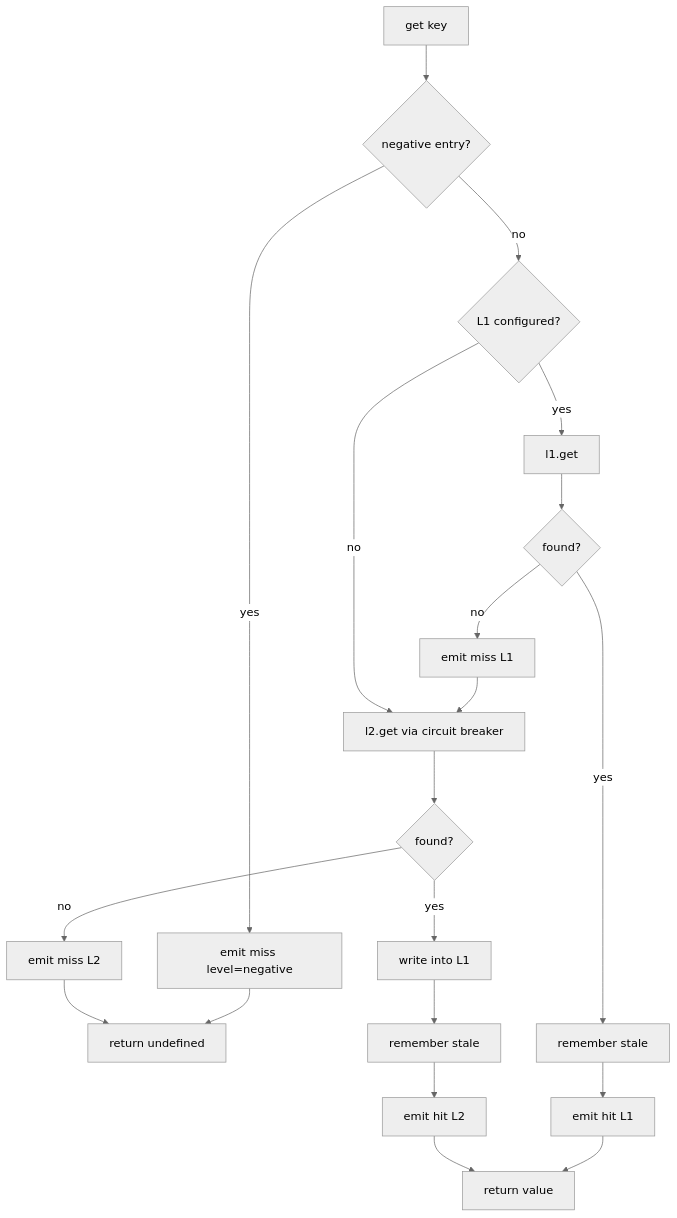
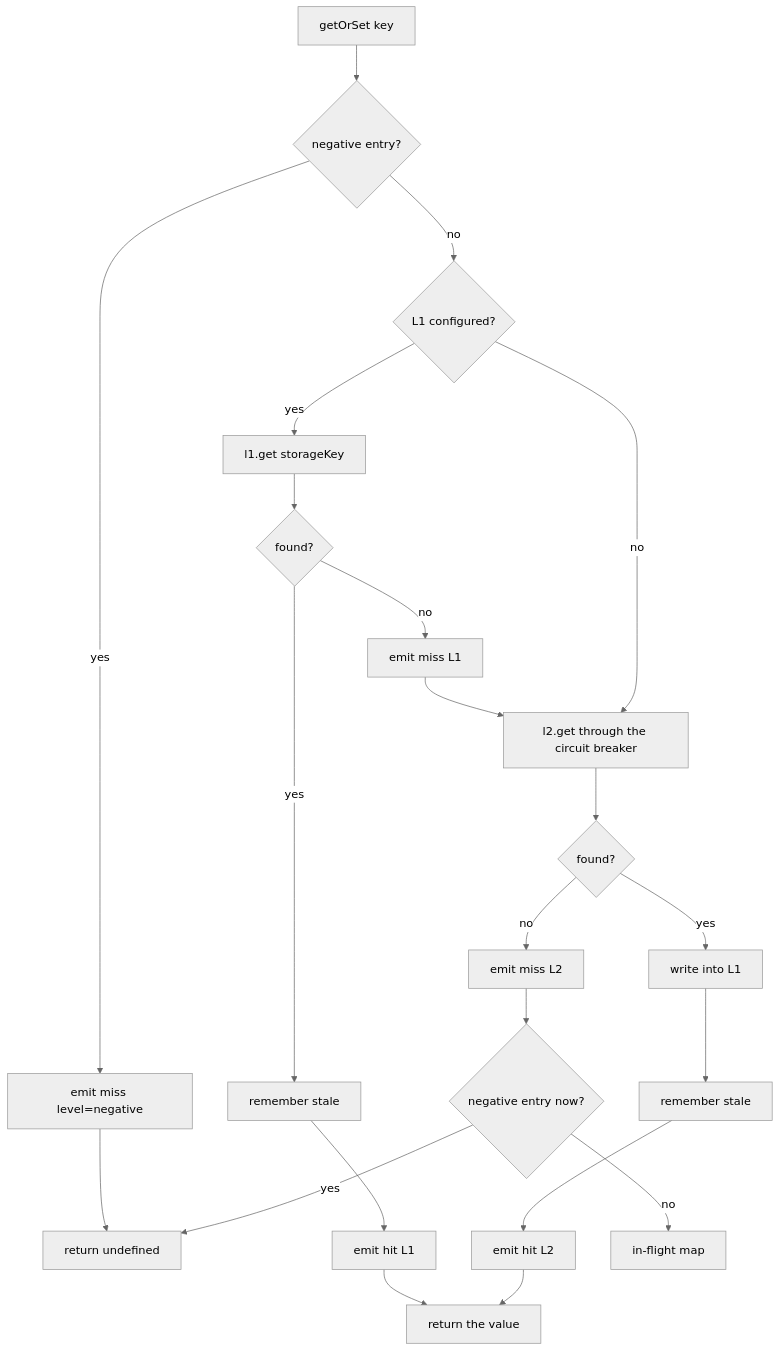
One commit to Amon20044/LazyLayers changed the first of 2 diagrams in docs/architecture/execution-paths.mdx. Above: the diagram before and after it, drawn with Mermaid (neutral theme). The commit also changed other lines of this file and 17 other files, not shown here.

````diff
--- a/docs/architecture/execution-paths.mdx
+++ b/docs/architecture/execution-paths.mdx
@@ -10,14 +15,16 @@
 ```mermaid
 flowchart TB
-    A[get key] --> N{negative entry?}
-    N -->|yes| NE[emit miss level=negative] --> U[return undefined]
-    N -->|no| L1{L1 configured?}
-    L1 -->|yes| L1G[l1.get]
-    L1G --> H1{found?}
-    H1 -->|yes| S1[remember stale] --> E1[emit hit L1] --> R[return value]
-    H1 -->|no| M1[emit miss L1] --> L2G
-    L1 -->|no| L2G[l2.get via circuit breaker]
-    L2G --> H2{found?}
-    H2 -->|yes| P[write into L1] --> S2[remember stale] --> E2[emit hit L2] --> R
-    H2 -->|no| M2[emit miss L2] --> U
+    A["getOrSet key"] --> NEG{"negative entry?"}
+    NEG -->|yes| NM["emit miss level=negative"] --> U["return undefined"]
+    NEG -->|no| L1{"L1 configured?"}
+    L1 -->|yes| L1G["l1.get storageKey"]
+    L1G --> H1{"found?"}
+    H1 -->|yes| S1["remember stale"] --> E1["emit hit L1"] --> R["return the value"]
+    H1 -->|no| M1["emit miss L1"] --> L2G
+    L1 -->|no| L2G["l2.get through the circuit breaker"]
+    L2G --> H2{"found?"}
+    H2 -->|yes| P["write into L1"] --> S2["remember stale"] --> E2["emit hit L2"] --> R
+    H2 -->|no| M2["emit miss L2"] --> RECHECK{"negative entry now?"}
+    RECHECK -->|yes| U
+    RECHECK -->|no| IF["in-flight map"]
 ```
````
